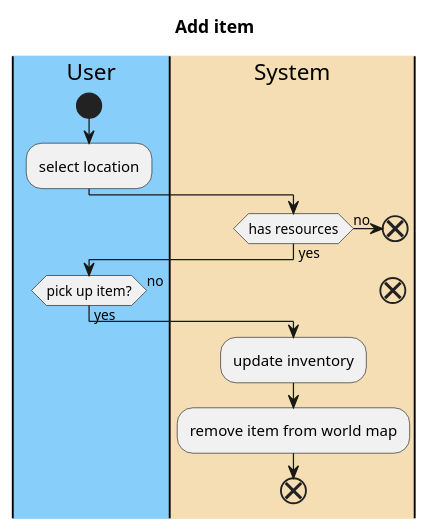
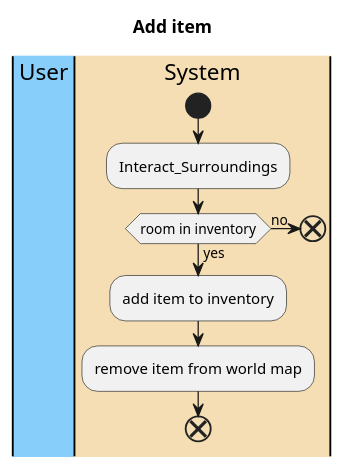
Before and after one commit to emutchek/MaraudersAtSea: the second of 3 diagrams in CMPU_203_PirateGame/doc/use-cases/Interact_with_Inventory.md, drawn with PlantUML. The commit also changed other lines of this file and 1 other file, not shown here.

Commit message:
edited use cases

````diff
--- a/CMPU_203_PirateGame/doc/use-cases/Interact_with_Inventory.md
+++ b/CMPU_203_PirateGame/doc/use-cases/Interact_with_Inventory.md
@@ -52,26 +55,18 @@
 ```PlantUML
 @startuml
 title Add item
 |#LightSkyBlue|User|
 |#Wheat|System|
 
-|User|
+|System|
 start
-:select location;
-|System|
-if(has resources) then (yes)
-    |User|
-    if(pick up item?) then (yes)
-    |System|
-        :update inventory;
-        :remove item from world map;
-        end
-    else (no)
-        end
-    endif
+:Interact_Surroundings;
+if(room in inventory) then (yes)
+:add item to inventory;
+:remove item from world map;
+end
 else (no)
-    end
-endif
+end
     
 @enduml
 ```
````
